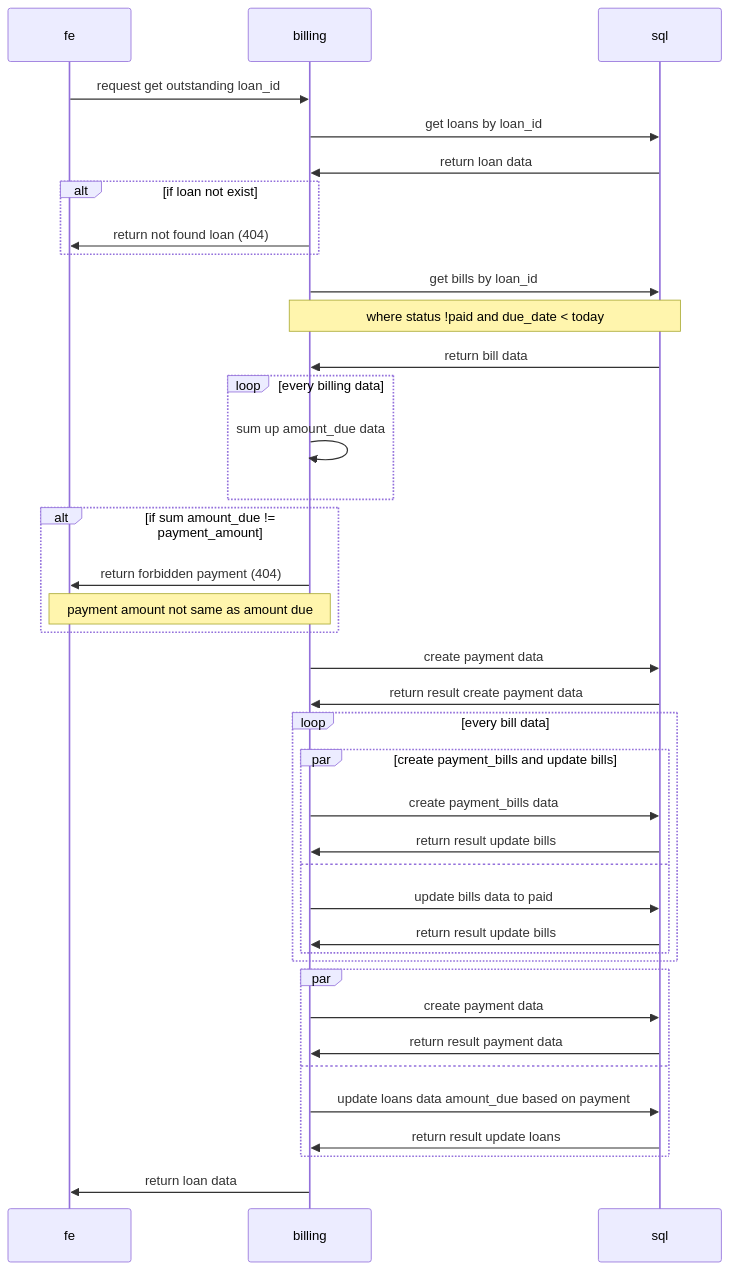
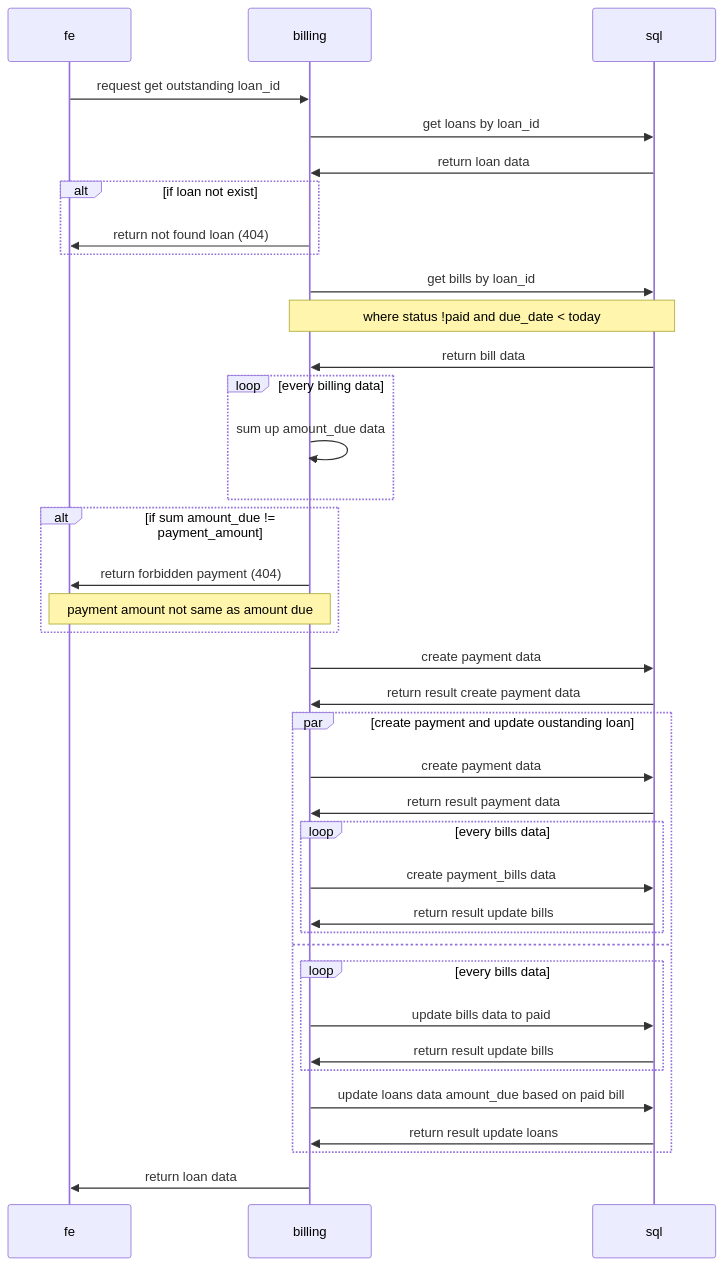
One commit to ran-jita/billing-engine changed the diagram in documentation/6.make_payment_flow.md. Above: the diagram before and after it, drawn with Mermaid. The commit also changed 5 other files, not shown here.

````diff
--- a/documentation/6.make_payment_flow.md
+++ b/documentation/6.make_payment_flow.md
@@ -2,42 +2,41 @@
 ```mermaid
 sequenceDiagram
     participant fe
     participant billing
     participant sql
 
     fe ->> billing: request get outstanding loan_id
     billing ->> sql: get loans by loan_id
     sql ->> billing: return loan data
     alt if loan not exist
         billing ->> fe: return not found loan (404)
     end
     billing ->> sql: get bills by loan_id
     note over billing,sql: where status !paid and due_date < today
     sql ->> billing: return bill data
     loop every billing data
         billing ->> billing: sum up amount_due data
     end
     alt if sum amount_due != payment_amount
         billing ->> fe: return forbidden payment (404)
         note over billing,fe: payment amount not same as amount due
     end
     billing ->> sql: create payment data
     sql ->> billing: return result create payment data
-    loop every bill data
-        par create payment_bills and update bills
-        billing ->> sql: create payment_bills data
-            sql ->> billing: return result update bills 
-        and
+    par create payment and update oustanding loan
+        billing ->> sql: create payment data
+        sql ->> billing: return result payment data
+        loop every bills data
+            billing ->> sql: create payment_bills data
+            sql ->> billing: return result update bills
+        end
+    and
+        loop every bills data
             billing ->> sql: update bills data to paid
             sql ->> billing: return result update bills
         end
-    end
-    par
-        billing ->> sql: create payment data
-        sql ->> billing: return result payment data
-    and
-        billing ->> sql: update loans data amount_due based on payment
+        billing ->> sql: update loans data amount_due based on paid bill
         sql ->> billing: return result update loans
     end
     billing ->> fe: return loan data
 ```
````
